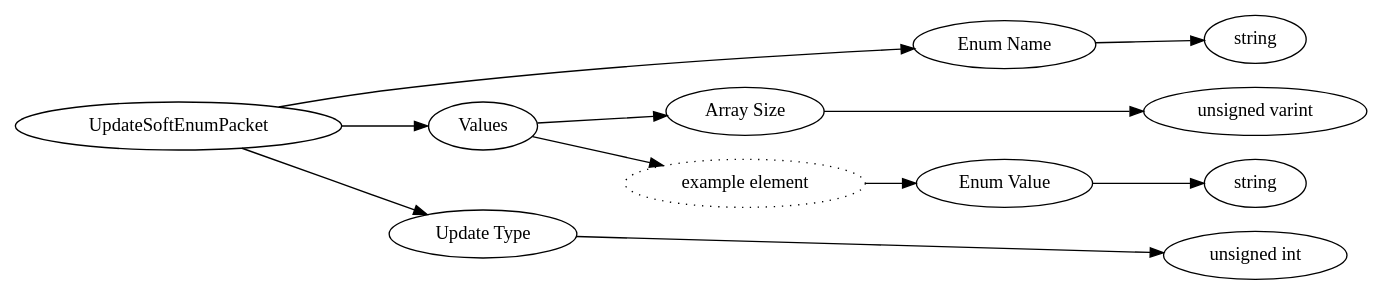
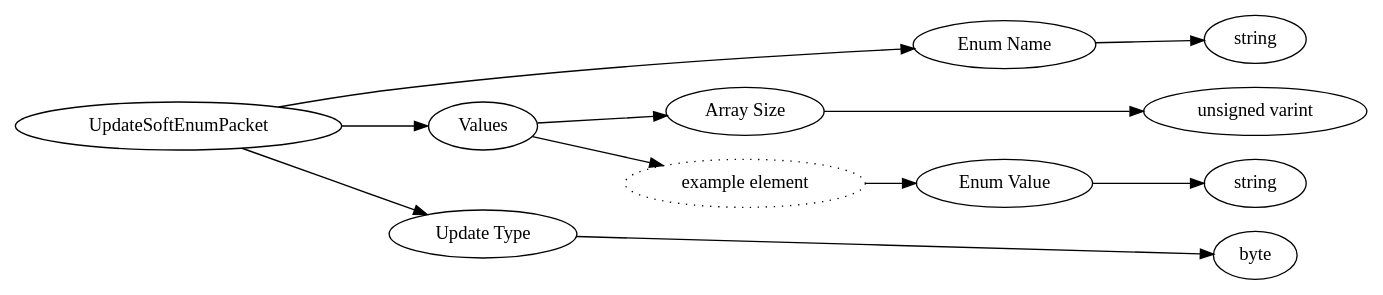
One commit to Mojang/bedrock-protocol-docs changed the diagram in dot/UpdateSoftEnumPacket.dot. Above: the diagram before and after it, drawn with Graphviz. The commit also changed 932 other files, not shown here.

```diff
--- a/dot/UpdateSoftEnumPacket.dot
+++ b/dot/UpdateSoftEnumPacket.dot
@@ -1,28 +1,28 @@
 digraph "UpdateSoftEnumPacket" {
 rankdir = LR
 0
 0 -> 1
 1 -> 2
 0 -> 3
 3 -> 4
 4 -> 5
 3 -> 6
 6 -> 7
 7 -> 8
 0 -> 9
 9 -> 10
 
 0 [label="UpdateSoftEnumPacket",comment="name: \"UpdateSoftEnumPacket\", typeName: \"\", id: 0, branchId: 114, recurseId: -1, attributes: 0, notes: \"\""];
 1 [label="Enum Name",comment="name: \"Enum Name\", typeName: \"\", id: 1, branchId: 0, recurseId: -1, attributes: 0, notes: \"\""];
 2 [label="string",comment="name: \"string\", typeName: \"\", id: 2, branchId: 0, recurseId: -1, attributes: 512, notes: \"\""];
 3 [label="Values",comment="name: \"Values\", typeName: \"\", id: 3, branchId: 0, recurseId: -1, attributes: 8, notes: \"\""];
 4 [label="Array Size",comment="name: \"Array Size\", typeName: \"\", id: 4, branchId: 0, recurseId: -1, attributes: 0, notes: \"\""];
 5 [label="unsigned varint",comment="name: \"unsigned varint\", typeName: \"\", id: 5, branchId: 0, recurseId: -1, attributes: 512, notes: \"\""];
 6 [label="example element",style=dotted,comment="name: \"example element\", typeName: \"\", id: 6, branchId: 0, recurseId: -1, attributes: 16, notes: \"\""];
 7 [label="Enum Value",comment="name: \"Enum Value\", typeName: \"\", id: 7, branchId: 0, recurseId: -1, attributes: 0, notes: \"\""];
 8 [label="string",comment="name: \"string\", typeName: \"\", id: 8, branchId: 0, recurseId: -1, attributes: 512, notes: \"\""];
-9 [label="Update Type",comment="name: \"Update Type\", typeName: \"\", id: 9, branchId: 0, recurseId: -1, attributes: 0, notes: \"enumeration: SoftEnumUpdateType\""];
-10 [label="unsigned int",comment="name: \"unsigned int\", typeName: \"\", id: 10, branchId: 0, recurseId: -1, attributes: 512, notes: \"\""];
+9 [label="Update Type",comment="name: \"Update Type\", typeName: \"\", id: 9, branchId: 0, recurseId: -1, attributes: 0, notes: \"\""];
+10 [label="byte",comment="name: \"byte\", typeName: \"\", id: 10, branchId: 0, recurseId: -1, attributes: 512, notes: \"\""];
 { rank = max;2;5;8;10}
 
 }
```
